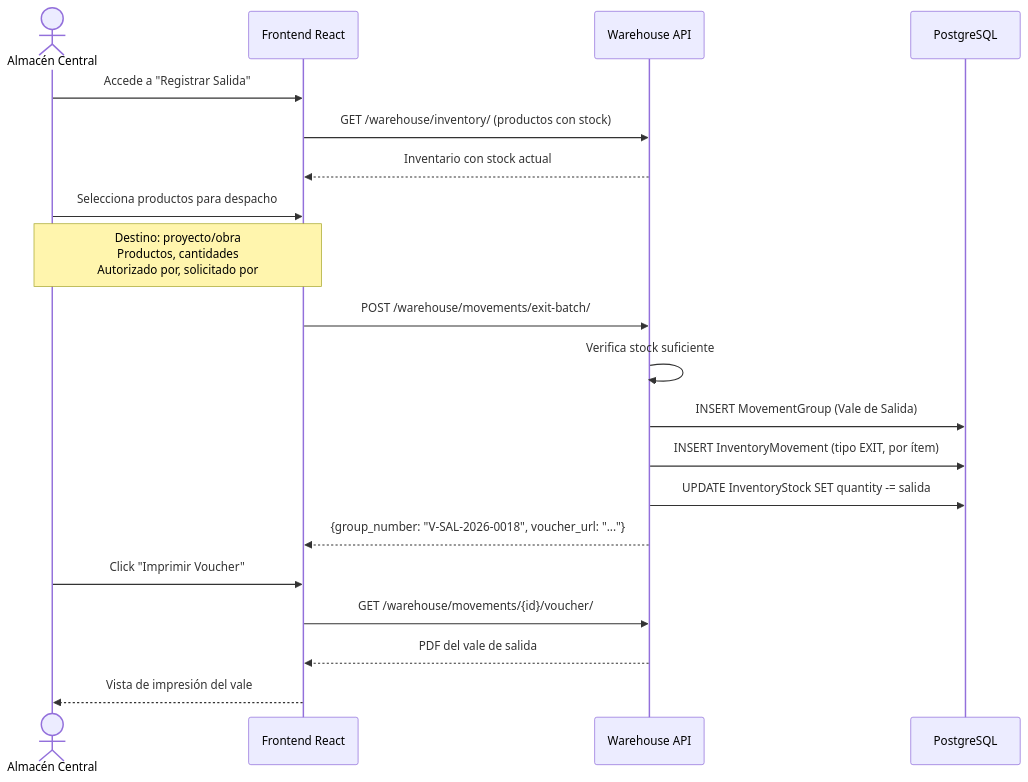
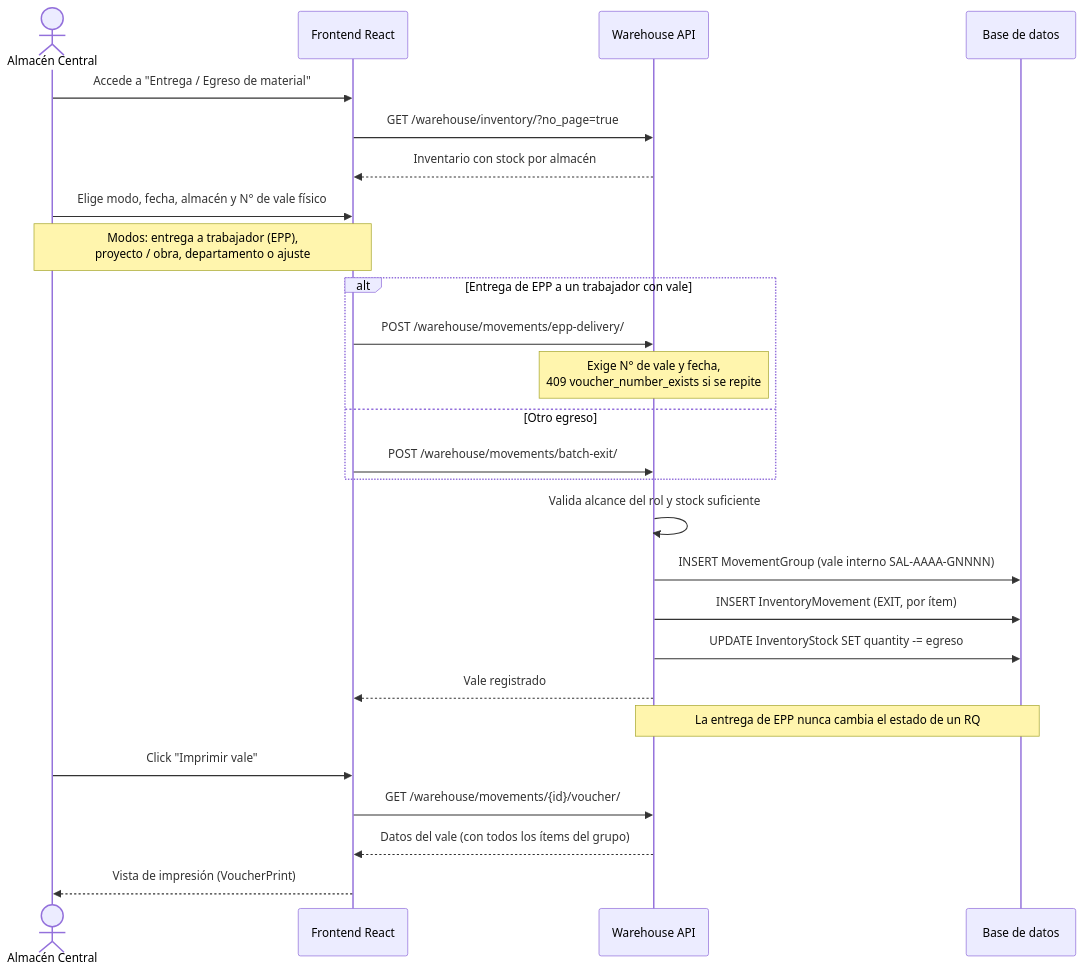
Before and after one commit to pccpegit/SYSPCCLOG: diagram 14 of 25 in docs/01_Casos_de_Uso.md, drawn with Mermaid. The commit also changed other lines of this file and 42 other files, not shown here.

````diff
--- a/docs/01_Casos_de_Uso.md
+++ b/docs/01_Casos_de_Uso.md
@@ -631,26 +805,33 @@
 ```mermaid
 sequenceDiagram
     actor CW as Almacén Central
     participant UI as Frontend React
     participant API as Warehouse API
-    participant DB as PostgreSQL
+    participant DB as Base de datos
 
-    CW->>UI: Accede a "Registrar Salida"
-    UI->>API: GET /warehouse/inventory/ (productos con stock)
-    API-->>UI: Inventario con stock actual
+    CW->>UI: Accede a "Entrega / Egreso de material"
+    UI->>API: GET /warehouse/inventory/?no_page=true
+    API-->>UI: Inventario con stock por almacén
 
-    CW->>UI: Selecciona productos para despacho
-    Note over CW,UI: Destino: proyecto/obra<br/>Productos, cantidades<br/>Autorizado por, solicitado por
+    CW->>UI: Elige modo, fecha, almacén y N° de vale físico
+    Note over CW,UI: Modos: entrega a trabajador (EPP),<br/>proyecto / obra, departamento o ajuste
 
-    UI->>API: POST /warehouse/movements/exit-batch/
-    API->>API: Verifica stock suficiente
-    API->>DB: INSERT MovementGroup (Vale de Salida)
-    API->>DB: INSERT InventoryMovement (tipo EXIT, por ítem)
-    API->>DB: UPDATE InventoryStock SET quantity -= salida
-    API-->>UI: {group_number: "V-SAL-2026-0018", voucher_url: "..."}
+    alt Entrega de EPP a un trabajador con vale
+        UI->>API: POST /warehouse/movements/epp-delivery/
+        Note over API: Exige N° de vale y fecha,<br/>409 voucher_number_exists si se repite
+    else Otro egreso
+        UI->>API: POST /warehouse/movements/batch-exit/
+    end
 
-    CW->>UI: Click "Imprimir Voucher"
+    API->>API: Valida alcance del rol y stock suficiente
+    API->>DB: INSERT MovementGroup (vale interno SAL-AAAA-GNNNN)
+    API->>DB: INSERT InventoryMovement (EXIT, por ítem)
+    API->>DB: UPDATE InventoryStock SET quantity -= egreso
+    API-->>UI: Vale registrado
+    Note over API,DB: La entrega de EPP nunca cambia el estado de un RQ
+
+    CW->>UI: Click "Imprimir vale"
     UI->>API: GET /warehouse/movements/{id}/voucher/
-    API-->>UI: PDF del vale de salida
-    UI-->>CW: Vista de impresión del vale
+    API-->>UI: Datos del vale (con todos los ítems del grupo)
+    UI-->>CW: Vista de impresión (VoucherPrint)
 ```
````
